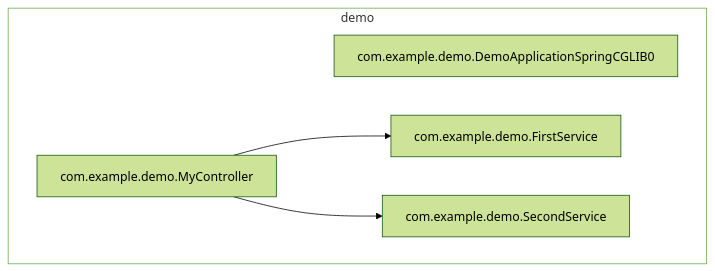
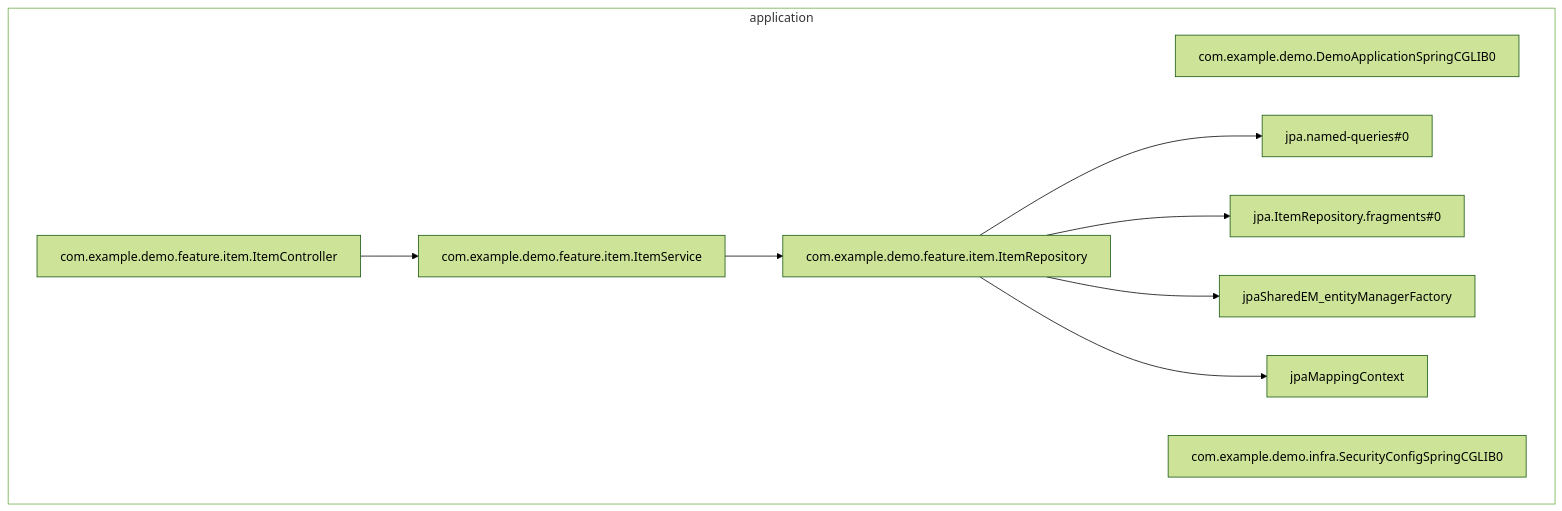
Before and after one commit to rudsvar/mermaid-beans: the diagram in README.md, drawn with Mermaid (forest theme). The commit also changed 2 other files, not shown here.

Commit message:
Update example

````diff
--- a/README.md
+++ b/README.md
@@ -5,13 +5,18 @@
 ```mermaid
 graph TD;
 classDef transparent fill:#0000
-subgraph demo
+subgraph application
     demoApplication["com.example.demo.DemoApplicationSpringCGLIB0"]
-    firstService["com.example.demo.FirstService"]
-    myController["com.example.demo.MyController"]
-    myController --> firstService
-    myController --> secondService
-    secondService["com.example.demo.SecondService"]
+    itemController["com.example.demo.feature.item.ItemController"]
+    itemController --> itemService
+    itemRepository["com.example.demo.feature.item.ItemRepository"]
+    itemRepository --> jpa.named-queries#0
+    itemRepository --> jpa.ItemRepository.fragments#0
+    itemRepository --> jpaSharedEM_entityManagerFactory
+    itemRepository --> jpaMappingContext
+    itemService["com.example.demo.feature.item.ItemService"]
+    itemService --> itemRepository
+    securityConfig["com.example.demo.infra.SecurityConfigSpringCGLIB0"]
 end
-class demo transparent
+class application transparent
 ```
````
